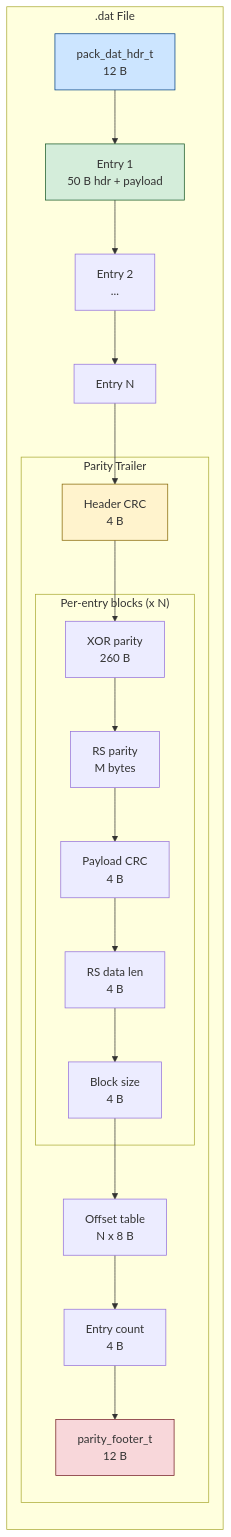
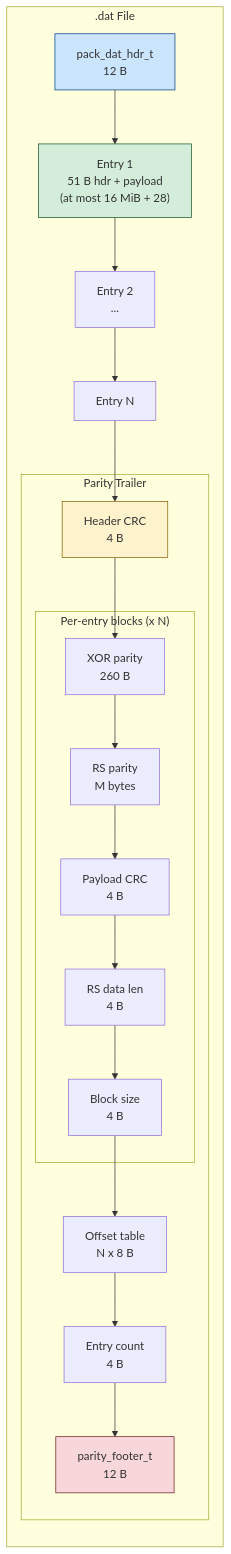
Before and after one commit to vifair22/c-backup: the second of 2 diagrams in diagrams/05-parity-trailer-layout.md, drawn with Mermaid. The commit also changed other lines of this file and 10 other files, not shown here.

````diff
--- a/diagrams/05-parity-trailer-layout.md
+++ b/diagrams/05-parity-trailer-layout.md
@@ -48,31 +24,31 @@
 ```mermaid
 flowchart LR
     subgraph ".dat File"
         DH["pack_dat_hdr_t<br>12 B"]
-        E1["Entry 1<br>50 B hdr + payload"]
+        E1["Entry 1<br>51 B hdr + payload<br>(at most 16 MiB + 28)"]
         E2["Entry 2<br>..."]
         EN["Entry N"]
         subgraph "Parity Trailer"
             FC["Header CRC<br>4 B"]
             subgraph "Per-entry blocks (x N)"
                 EP["XOR parity<br>260 B"]
                 ER["RS parity<br>M bytes"]
                 EC["Payload CRC<br>4 B"]
                 EL["RS data len<br>4 B"]
                 ES["Block size<br>4 B"]
             end
             OT["Offset table<br>N x 8 B"]
             PC["Entry count<br>4 B"]
             PF["parity_footer_t<br>12 B"]
         end
     end
 
     DH --> E1 --> E2 --> EN --> FC
     FC --> EP --> ER --> EC --> EL --> ES
     ES --> OT --> PC --> PF
 
     style DH fill:#cce5ff,stroke:#004085
     style E1 fill:#d4edda,stroke:#155724
     style FC fill:#fff3cd,stroke:#856404
     style PF fill:#f8d7da,stroke:#721c24
 ```
````
